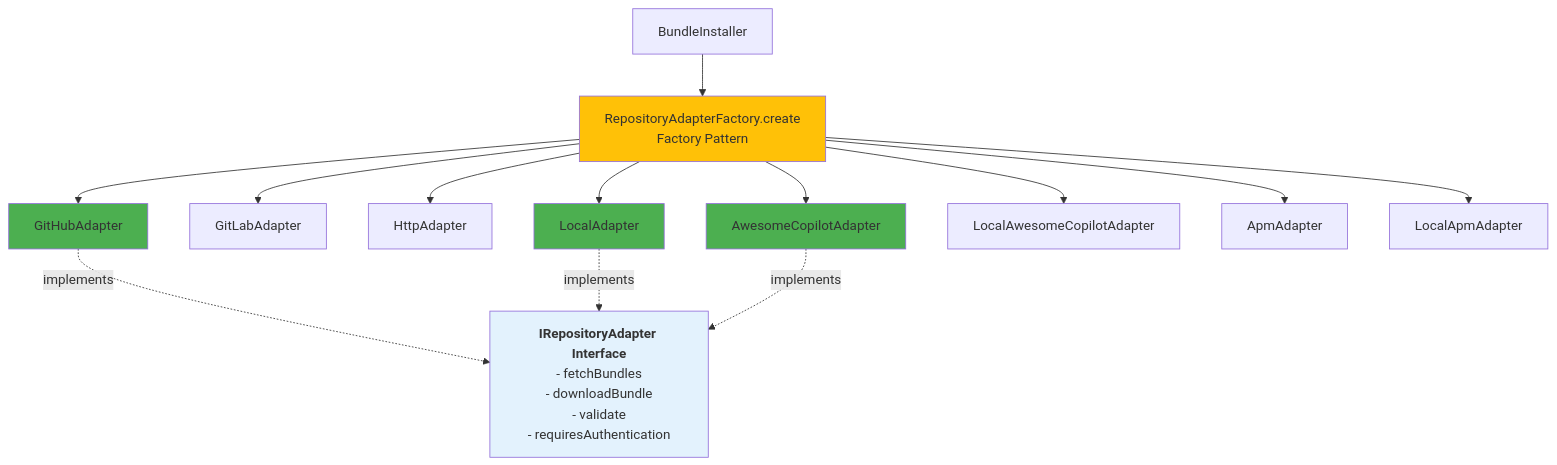
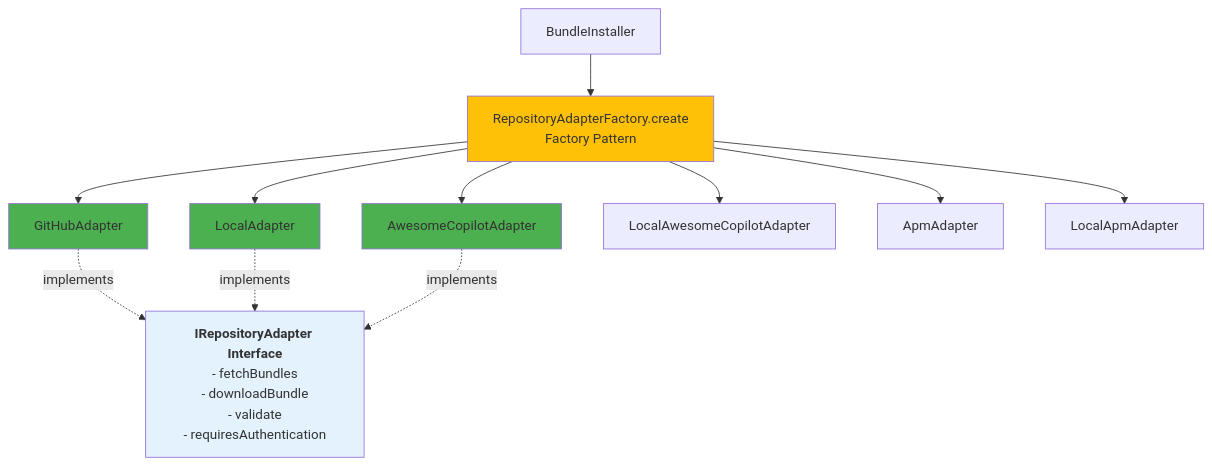
One commit to gblanc-1a/prompt-registry changed the second of 4 diagrams in docs/contributor-guide/core-flows.md. Above: the diagram before and after it, drawn with Mermaid. The commit also changed other lines of this file and 61 other files, not shown here.

Commit message:
chore: remove unused adapter to simplify codebase (gitlab, http)

````diff
--- a/docs/contributor-guide/core-flows.md
+++ b/docs/contributor-guide/core-flows.md
@@ -156,28 +156,26 @@
 ```mermaid
 flowchart TD
     BI[BundleInstaller]
     FACTORY[RepositoryAdapterFactory.create<br/>Factory Pattern]
     
     BI --> FACTORY
     
     FACTORY --> GHA[GitHubAdapter]
-    FACTORY --> GLA[GitLabAdapter]
-    FACTORY --> HA[HttpAdapter]
     FACTORY --> LA[LocalAdapter]
     FACTORY --> ACA[AwesomeCopilotAdapter]
     FACTORY --> LACA[LocalAwesomeCopilotAdapter]
     FACTORY --> APMA[ApmAdapter]
     FACTORY --> LAPMA[LocalApmAdapter]
     
     INTERFACE["<b>IRepositoryAdapter Interface</b><br/>- fetchBundles<br/>- downloadBundle<br/>- validate<br/>- requiresAuthentication"]
     
     GHA -.implements.-> INTERFACE
     LA -.implements.-> INTERFACE
     ACA -.implements.-> INTERFACE
     
     style FACTORY fill:#FFC107
     style INTERFACE fill:#E3F2FD
     style GHA fill:#4CAF50
     style LA fill:#4CAF50
     style ACA fill:#4CAF50
 ```
````
